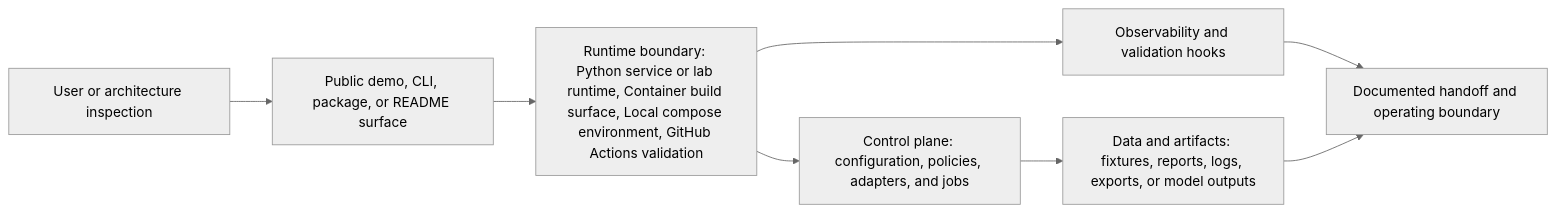
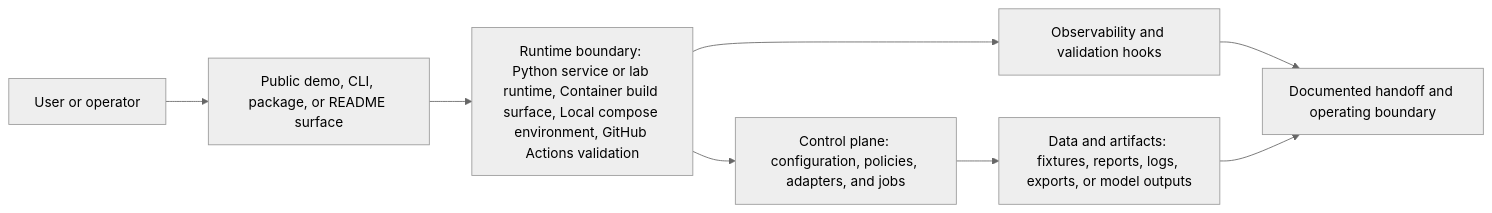
One commit to KIM3310/tool-call-finetune-lab changed the diagram in docs/system-architecture.md. Above: the diagram before and after it, drawn with Mermaid (neutral theme). The commit also changed 37 other files, not shown here.

````diff
--- a/docs/system-architecture.md
+++ b/docs/system-architecture.md
@@ -18,10 +18,10 @@
 ```mermaid
 flowchart LR
-    User["User or architecture inspection"] --> Surface["Public demo, CLI, package, or README surface"]
+    User["User or operator"] --> Surface["Public demo, CLI, package, or README surface"]
     Surface --> Runtime["Runtime boundary: Python service or lab runtime, Container build surface, Local compose environment, GitHub Actions validation"]
     Runtime --> Control["Control plane: configuration, policies, adapters, and jobs"]
     Control --> Data["Data and artifacts: fixtures, reports, logs, exports, or model outputs"]
     Runtime --> Observability["Observability and validation hooks"]
     Observability --> Handoff["Documented handoff and operating boundary"]
     Data --> Handoff
 ```
````
